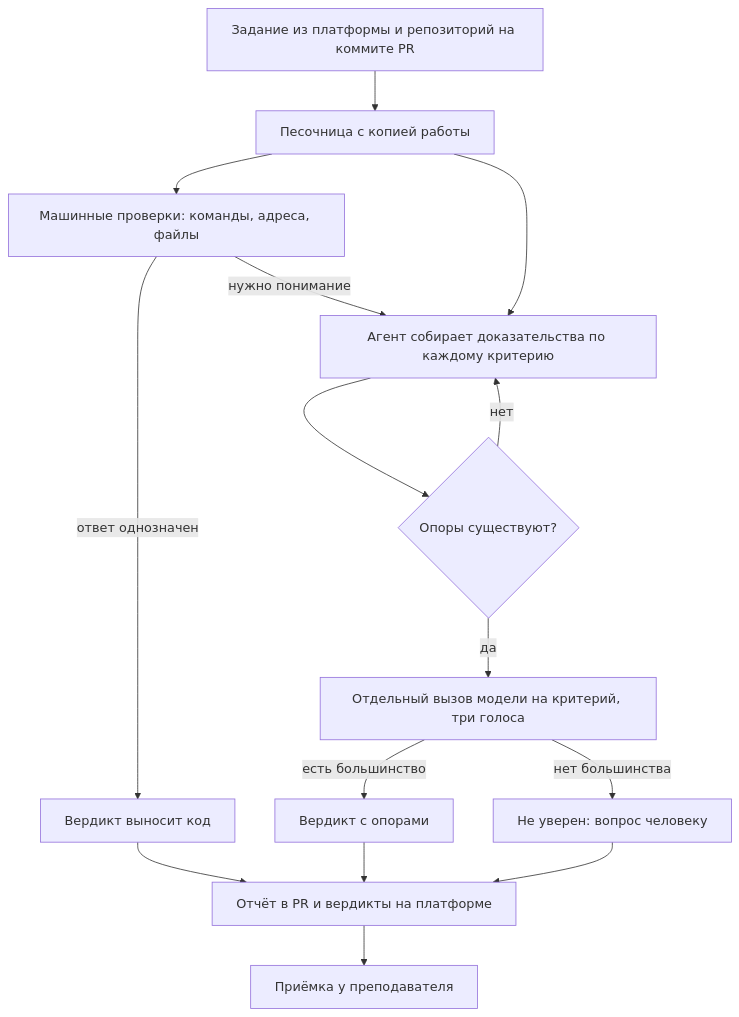
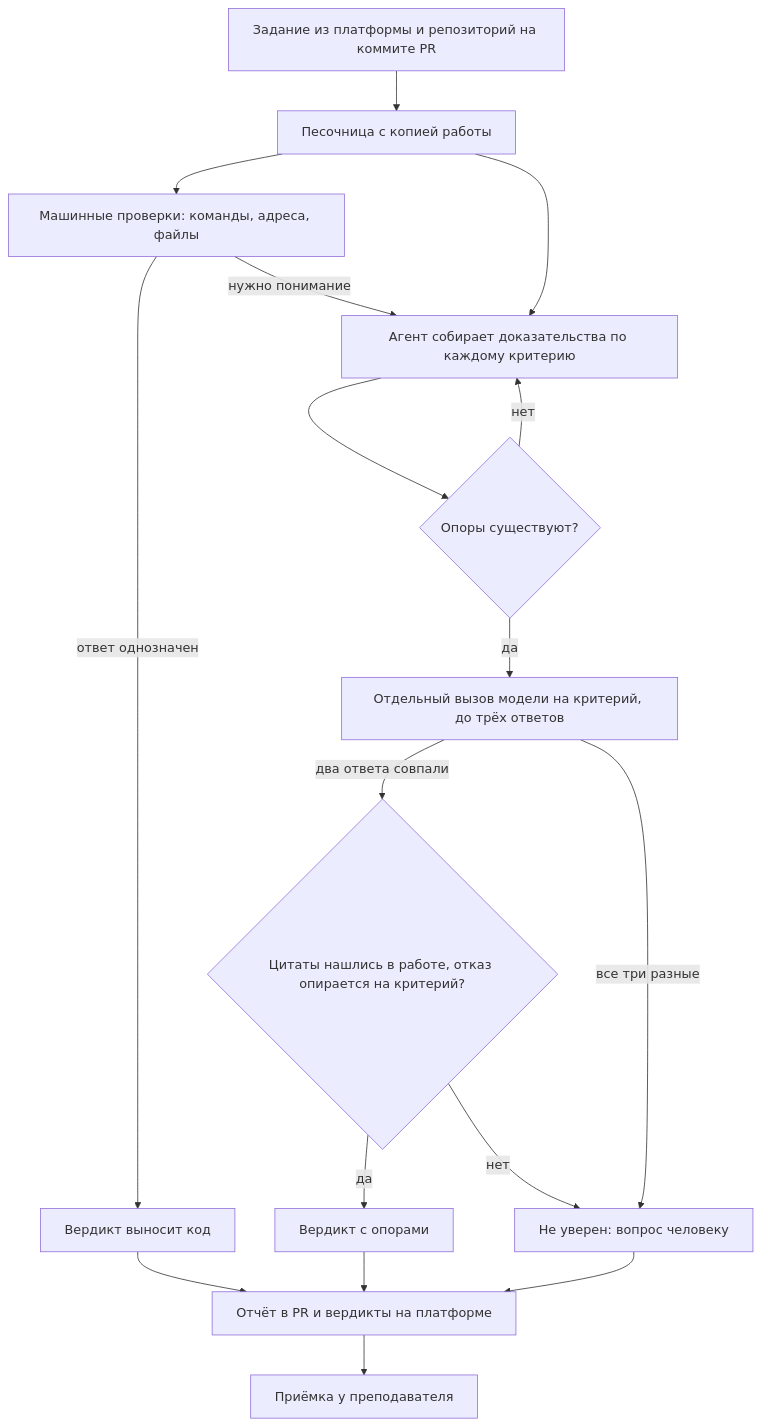
One commit to ChS23/mlsd-judge changed the fifth of 6 diagrams in docs/ml_system_design_doc.md. Above: the diagram before and after it, drawn with Mermaid. The commit also changed other lines of this file, not shown here.

````diff
--- a/docs/ml_system_design_doc.md
+++ b/docs/ml_system_design_doc.md
@@ -438,18 +458,20 @@
 ```mermaid
 %%{init: {"flowchart": {"wrappingWidth": 360}}}%%
 flowchart TB
     IN[Задание из платформы и репозиторий на коммите PR] --> SB[Песочница с копией работы]
     SB --> M[Машинные проверки: команды, адреса, файлы]
     SB --> S[Агент собирает доказательства по каждому критерию]
     M -->|ответ однозначен| VC[Вердикт выносит код]
     M -->|нужно понимание| S
     S --> CHK{Опоры существуют?}
     CHK -->|нет| S
-    CHK -->|да| J[Отдельный вызов модели на критерий, три голоса]
-    J -->|есть большинство| V[Вердикт с опорами]
-    J -->|нет большинства| U[Не уверен: вопрос человеку]
+    CHK -->|да| J[Отдельный вызов модели на критерий, до трёх ответов]
+    J -->|два ответа совпали| RULE{Цитаты нашлись в работе, отказ опирается на критерий?}
+    J -->|все три разные| U[Не уверен: вопрос человеку]
+    RULE -->|да| V[Вердикт с опорами]
+    RULE -->|нет| U
     VC --> REP[Отчёт в PR и вердикты на платформе]
     V --> REP
     U --> REP
     REP --> H[Приёмка у преподавателя]
 ```
````
